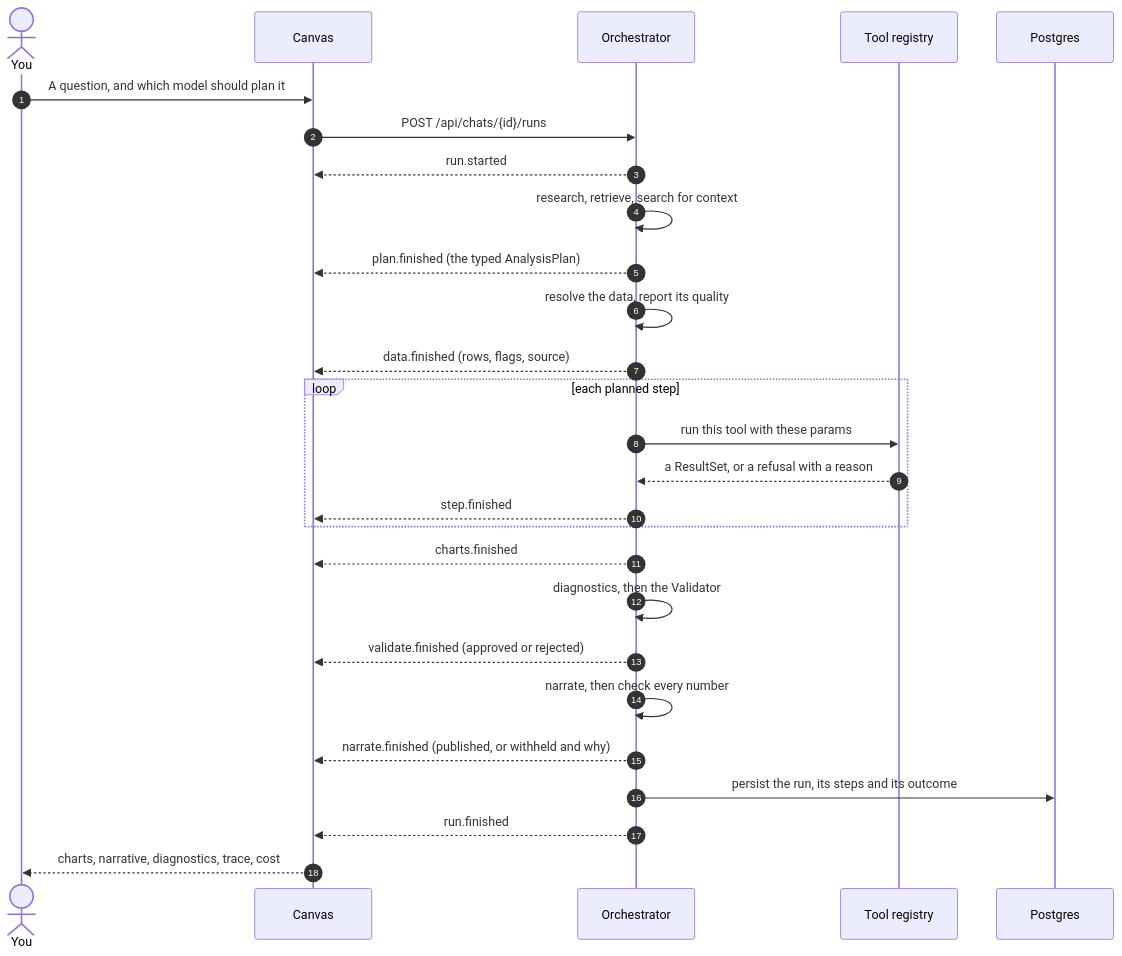
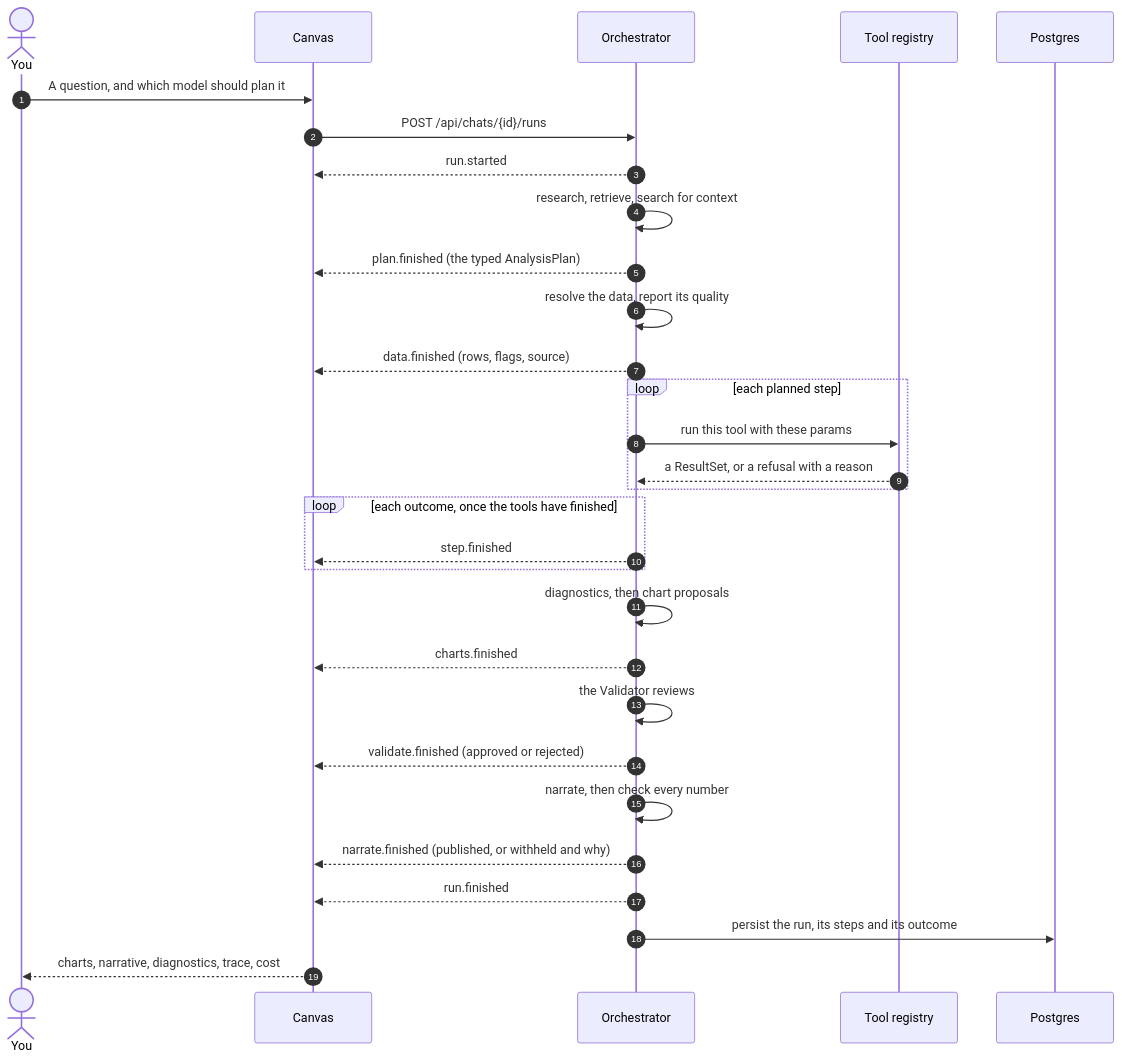
One commit to VikrantKurada/Econometrica changed the first of 2 diagrams in docs/2-product/README.md. Above: the diagram before and after it, drawn with Mermaid. The commit also changed other lines of this file and 7 other files, not shown here.

````diff
--- a/docs/2-product/README.md
+++ b/docs/2-product/README.md
@@ -69,30 +69,33 @@
 ```mermaid
 sequenceDiagram
     autonumber
     actor U as You
     participant C as Canvas
     participant O as Orchestrator
     participant T as Tool registry
     participant DB as Postgres
 
     U->>C: A question, and which model should plan it
     C->>O: POST /api/chats/{id}/runs
     O-->>C: run.started
     O->>O: research, retrieve, search for context
     O-->>C: plan.finished (the typed AnalysisPlan)
     O->>O: resolve the data, report its quality
     O-->>C: data.finished (rows, flags, source)
     loop each planned step
         O->>T: run this tool with these params
         T-->>O: a ResultSet, or a refusal with a reason
+    end
+    loop each outcome, once the tools have finished
         O-->>C: step.finished
     end
+    O->>O: diagnostics, then chart proposals
     O-->>C: charts.finished
-    O->>O: diagnostics, then the Validator
+    O->>O: the Validator reviews
     O-->>C: validate.finished (approved or rejected)
     O->>O: narrate, then check every number
     O-->>C: narrate.finished (published, or withheld and why)
+    O-->>C: run.finished
     O->>DB: persist the run, its steps and its outcome
-    O-->>C: run.finished
     C-->>U: charts, narrative, diagnostics, trace, cost
 ```
````
